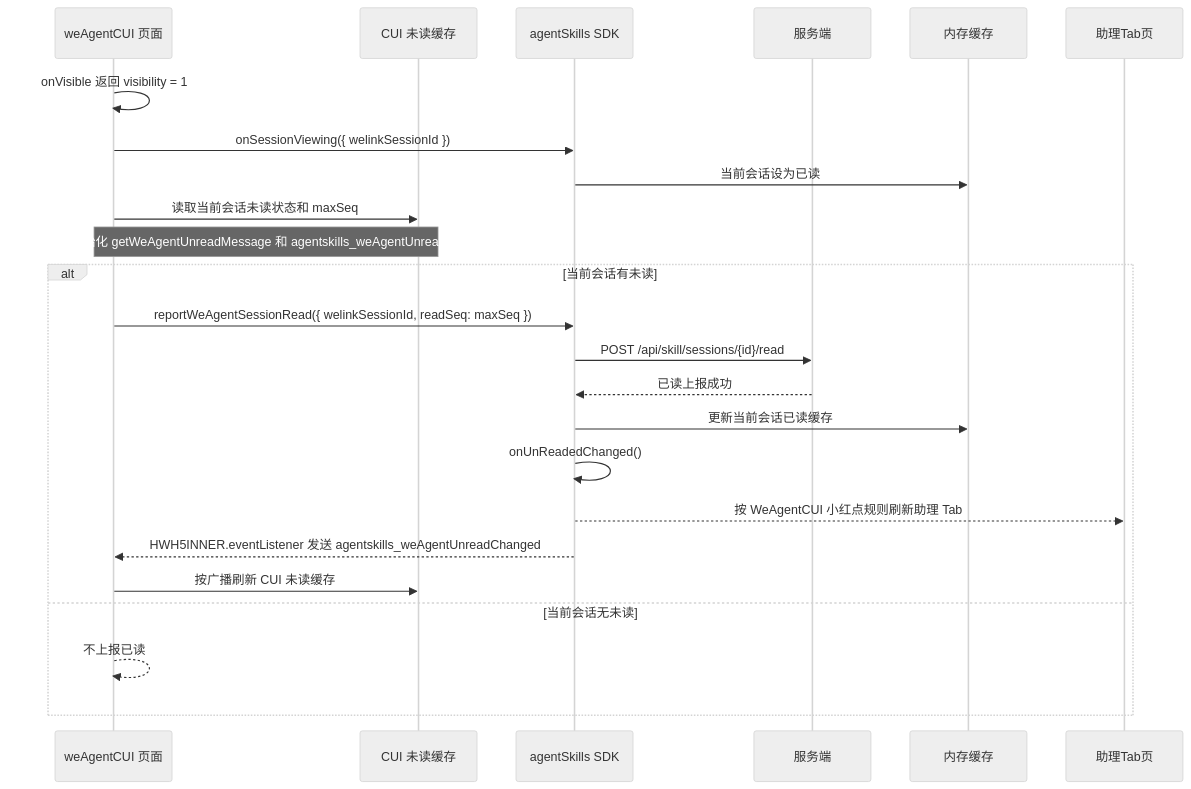
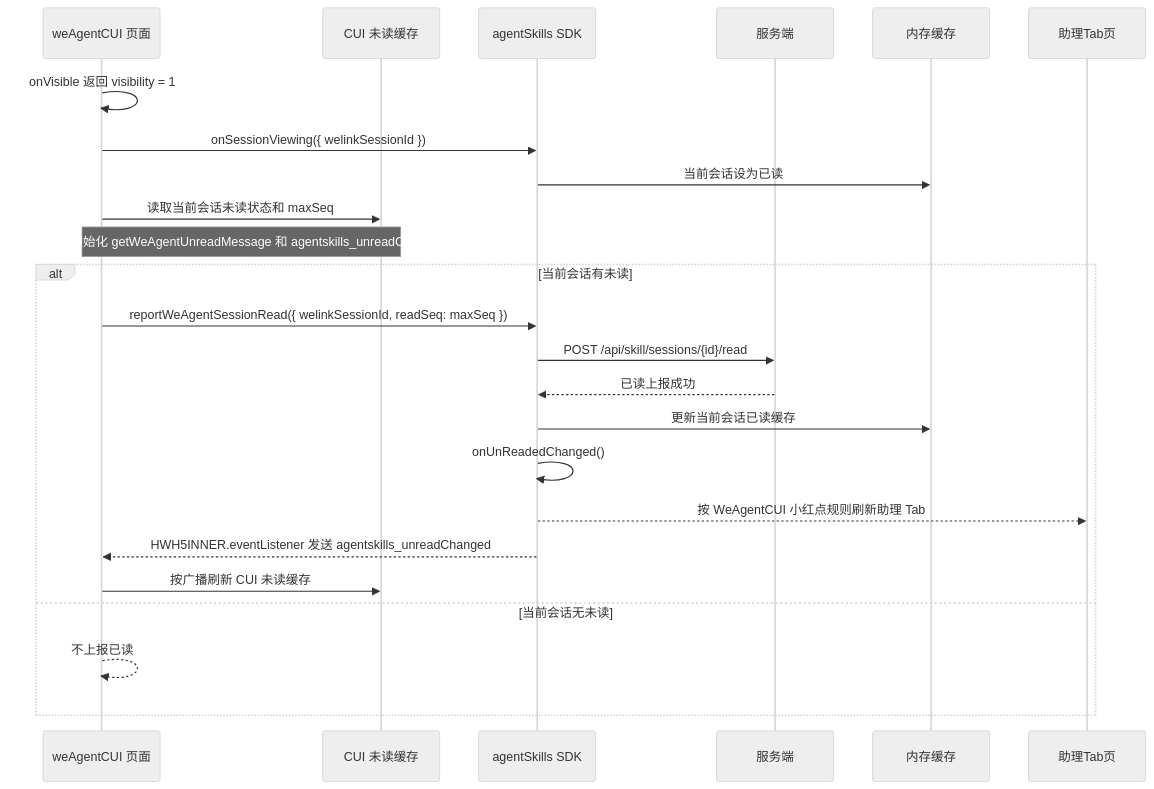
The seventh of 10 diagrams in 2026-06-11-we-agent-tab-unread-red-dot-plan.md (Abelsjcheng/skillSDK), drawn with Mermaid (neutral theme) before and after one commit. The commit also changed other lines of this file and 53 other files, not shown here.

````diff
--- a/2026-06-11-we-agent-tab-unread-red-dot-plan.md
+++ b/2026-06-11-we-agent-tab-unread-red-dot-plan.md
@@ -306,27 +306,27 @@
 ```mermaid
 sequenceDiagram
     participant CUI as weAgentCUI 页面
     participant CUICache as CUI 未读缓存
     participant SDK as agentSkills SDK
     participant Server as 服务端
     participant Memory as 内存缓存
     participant Tab as 助理Tab页
 
     CUI->>CUI: onVisible 返回 visibility = 1
     CUI->>SDK: onSessionViewing({ welinkSessionId })
     SDK->>Memory: 当前会话设为已读
     CUI->>CUICache: 读取当前会话未读状态和 maxSeq
-    Note over CUI,CUICache: 缓存来源为初始化 getWeAgentUnreadMessage 和 agentskills_weAgentUnreadChanged 事件
+    Note over CUI,CUICache: 缓存来源为初始化 getWeAgentUnreadMessage 和 agentskills_unreadChanged 事件
     alt 当前会话有未读
         CUI->>SDK: reportWeAgentSessionRead({ welinkSessionId, readSeq: maxSeq })
         SDK->>Server: POST /api/skill/sessions/{id}/read
         Server-->>SDK: 已读上报成功
         SDK->>Memory: 更新当前会话已读缓存
         SDK->>SDK: onUnReadedChanged()
         SDK-->>Tab: 按 WeAgentCUI 小红点规则刷新助理 Tab
-        SDK-->>CUI: HWH5INNER.eventListener 发送 agentskills_weAgentUnreadChanged
+        SDK-->>CUI: HWH5INNER.eventListener 发送 agentskills_unreadChanged
         CUI->>CUICache: 按广播刷新 CUI 未读缓存
     else 当前会话无未读
         CUI-->>CUI: 不上报已读
     end
 ```
````
